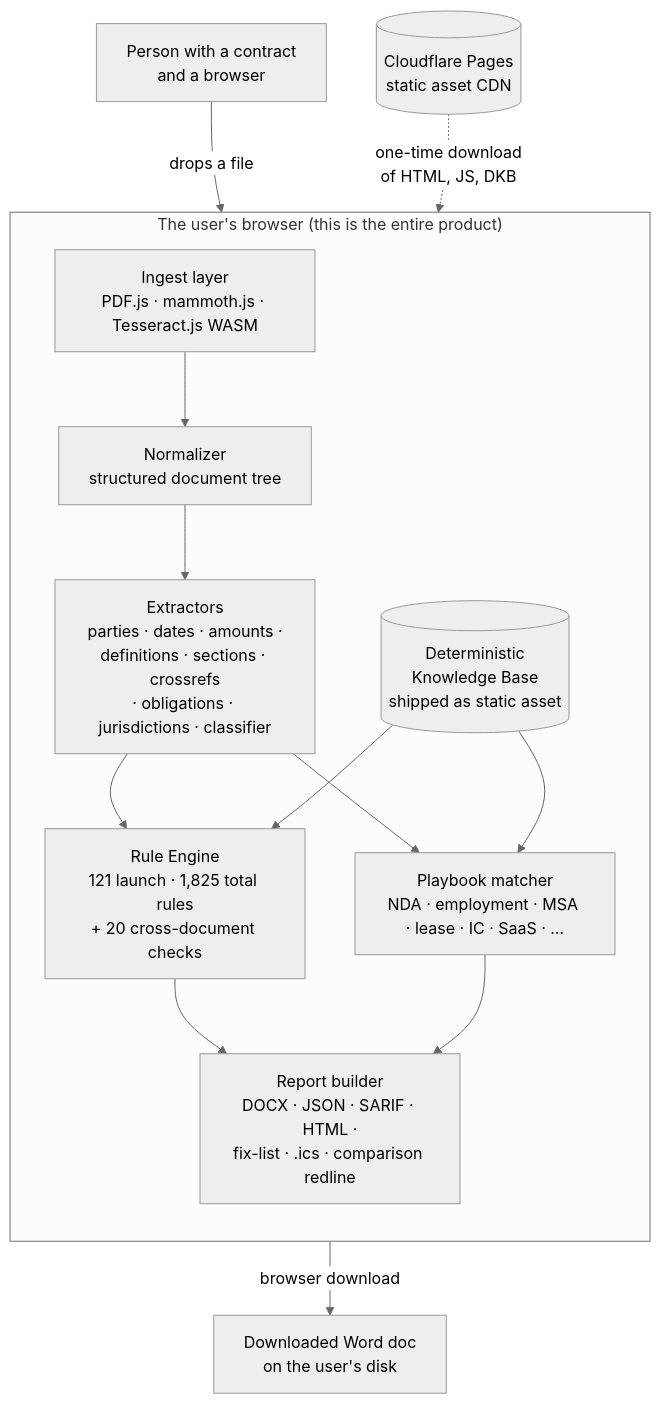
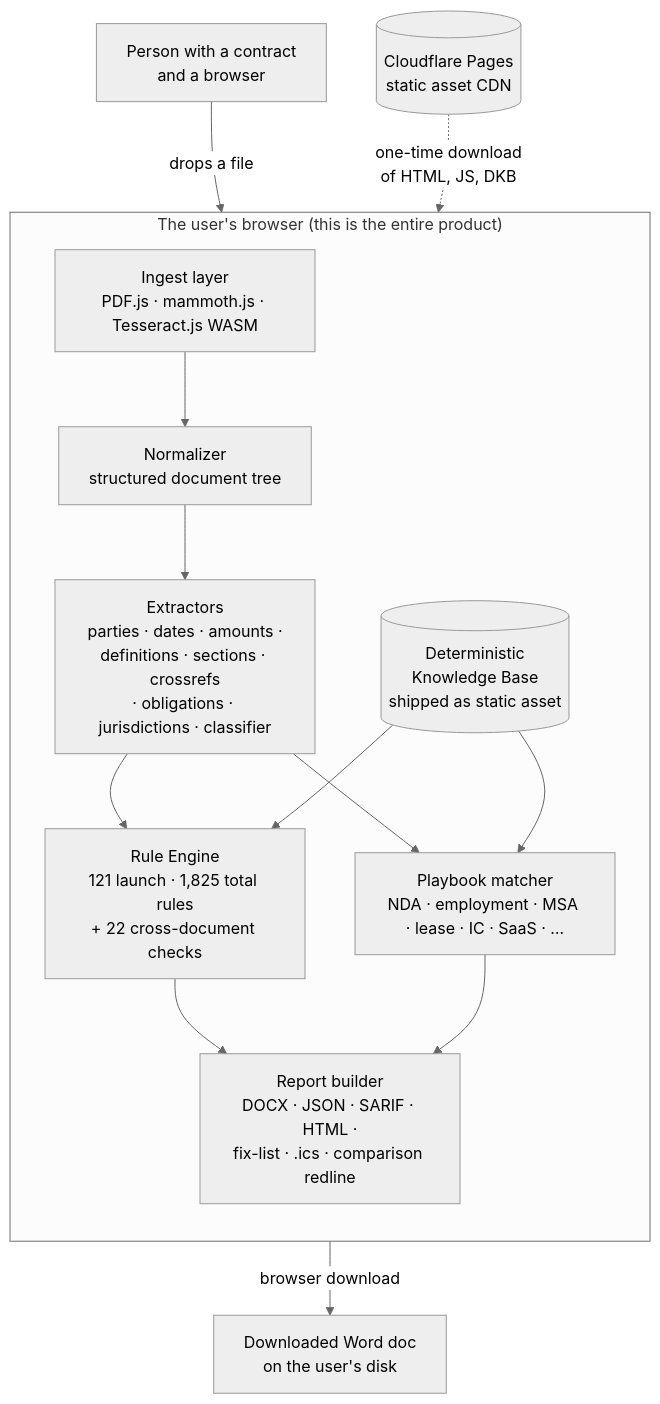
Before and after one commit to clay-good/vaulytica: the diagram in docs/architecture.md, drawn with Mermaid (neutral theme). The commit also changed 388 other files, not shown here.

````diff
--- a/docs/architecture.md
+++ b/docs/architecture.md
@@ -5,28 +5,28 @@
 ```mermaid
 flowchart TB
     user[Person with a contract<br/>and a browser]
 
     subgraph browser["The user's browser (this is the entire product)"]
         direction TB
         ingest[Ingest layer<br/>PDF.js · mammoth.js · Tesseract.js WASM]
         normalize[Normalizer<br/>structured document tree]
         extract[Extractors<br/>parties · dates · amounts ·<br/>definitions · sections · crossrefs<br/>· obligations · jurisdictions · classifier]
-        engine[Rule Engine<br/>121 launch · 1,825 total rules<br/>+ 20 cross-document checks]
+        engine[Rule Engine<br/>121 launch · 1,825 total rules<br/>+ 22 cross-document checks]
         playbook[Playbook matcher<br/>NDA · employment · MSA · lease · IC · SaaS · …]
         dkb[(Deterministic<br/>Knowledge Base<br/>shipped as static asset)]
         report[Report builder<br/>DOCX · JSON · SARIF · HTML ·<br/>fix-list · .ics · comparison redline]
     end
 
     cdn[(Cloudflare Pages<br/>static asset CDN)]
     download[Downloaded Word doc<br/>on the user's disk]
 
     user -- "drops a file" --> ingest
     cdn -. "one-time download<br/>of HTML, JS, DKB" .-> browser
     ingest --> normalize --> extract --> engine
     extract --> playbook
     dkb --> engine
     dkb --> playbook
     engine --> report
     playbook --> report
     report -- "browser download" --> download
 ```
````
